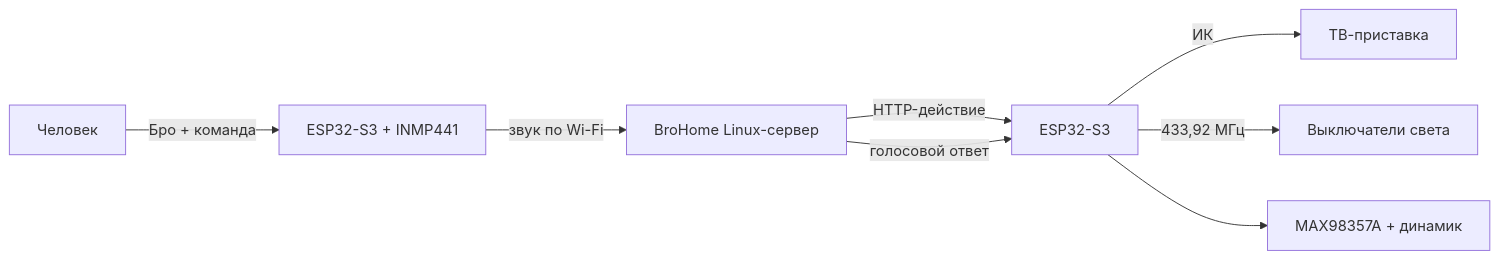
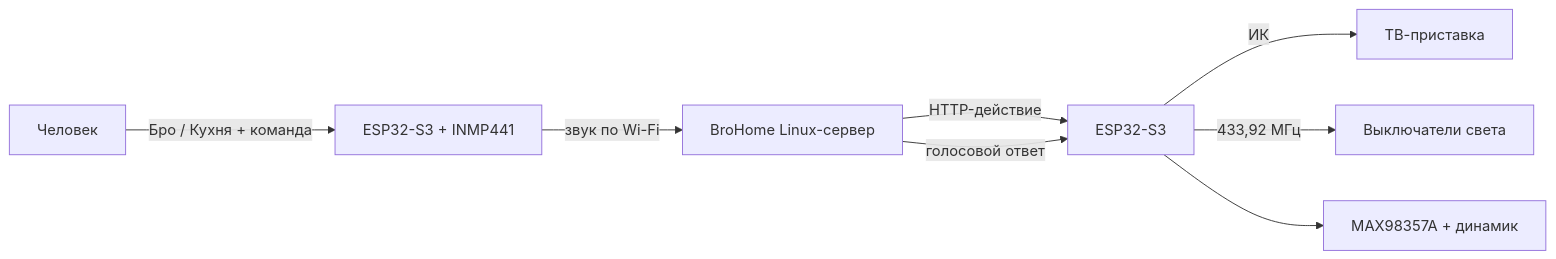
Before and after one commit to Nikolay-3D/brohome: the diagram in README.md, drawn with Mermaid. The commit also changed other lines of this file and 6 other files, not shown here.

````diff
--- a/README.md
+++ b/README.md
@@ -41,10 +42,10 @@
 ```mermaid
 flowchart LR
-    U["Человек"] -->|"Бро + команда"| M["ESP32-S3 + INMP441"]
+    U["Человек"] -->|"Бро / Кухня + команда"| M["ESP32-S3 + INMP441"]
     M -->|"звук по Wi-Fi"| S["BroHome Linux-сервер"]
     S -->|"HTTP-действие"| H["ESP32-S3"]
     H -->|"ИК"| TV["ТВ-приставка"]
     H -->|"433,92 МГц"| L["Выключатели света"]
     S -->|"голосовой ответ"| H
     H --> A["MAX98357A + динамик"]
 ```
````
